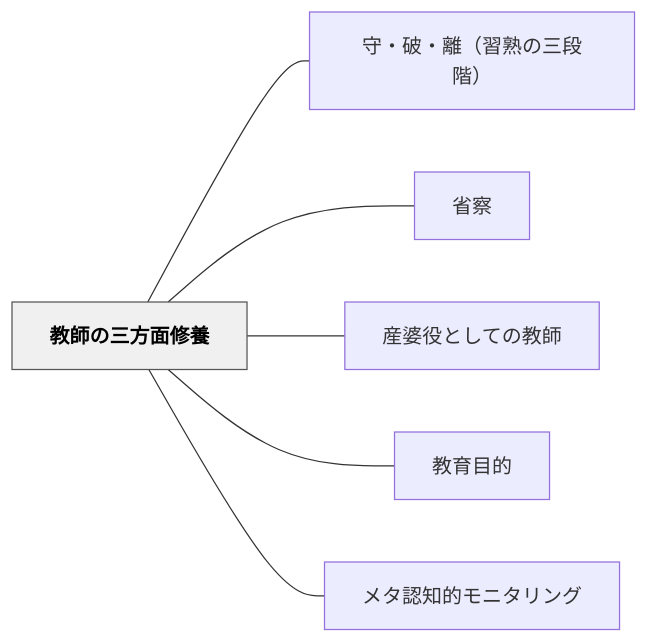
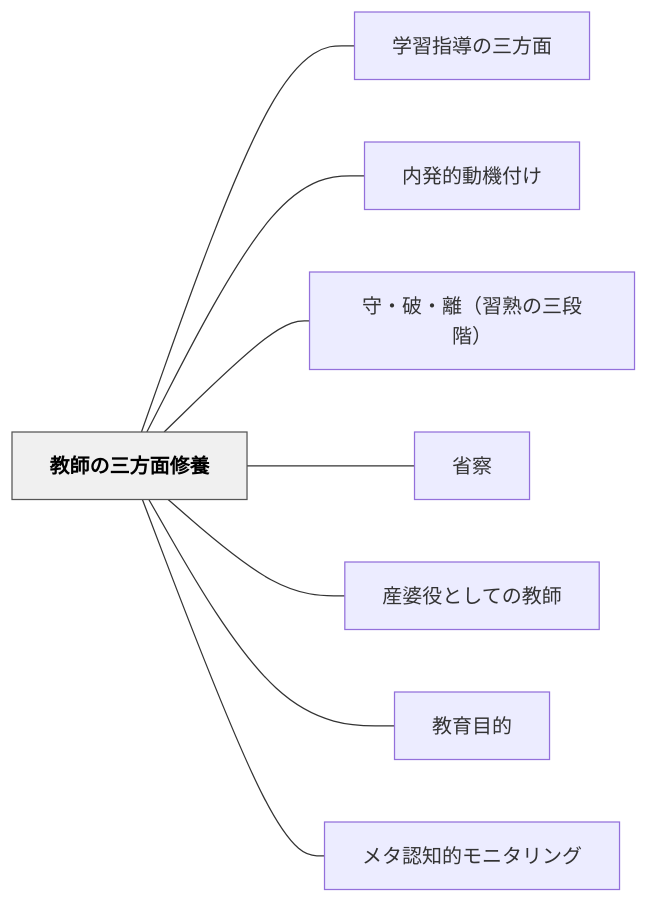
The diagram in content/パタン/教師の三方面修養.md (unknownthings-ed-patterns/unknownthings-ed-patterns), drawn with Mermaid before and after one commit. The commit also changed other lines of this file and 473 other files, not shown here.

````diff
--- a/content/パタン/教師の三方面修養.md
+++ b/content/パタン/教師の三方面修養.md
@@ -124,18 +126,22 @@
 ```mermaid
 flowchart LR
     ne69599e5b8ab["教師の三方面修養"]
+    ne5ada6e7bf92["学習指導の三方面"]
+    ne58685e799ba["内発的動機付け"]
     ne5ae88e383bb["守・破・離（習熟の三段階）"]
     ne79c81e5af9f["省察"]
     ne794a3e5a986["産婆役としての教師"]
     ne69599e882b2["教育目的"]
     ne383a1e382bf["メタ認知的モニタリング"]
 
+    ne69599e5b8ab --- ne5ada6e7bf92
+    ne69599e5b8ab --- ne58685e799ba
     ne69599e5b8ab --- ne5ae88e383bb
     ne69599e5b8ab --- ne79c81e5af9f
     ne69599e5b8ab --- ne794a3e5a986
     ne69599e5b8ab --- ne69599e882b2
     ne69599e5b8ab --- ne383a1e382bf
 
     classDef hub fill:#f0f0f0,stroke:#555,color:#000,font-weight:bold
     class ne69599e5b8ab hub
 ```
````
